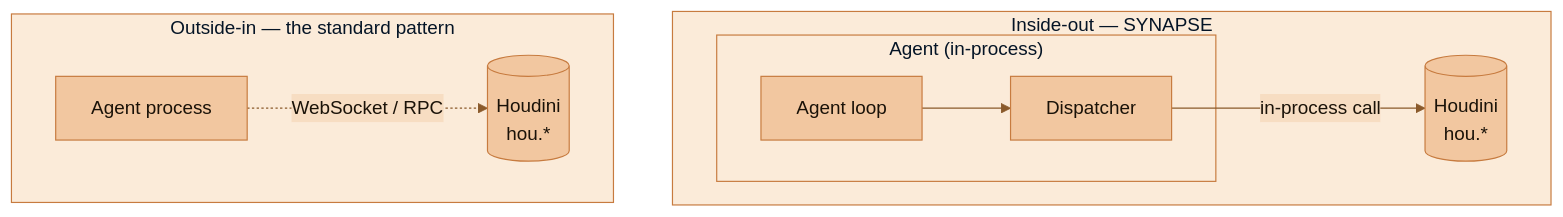
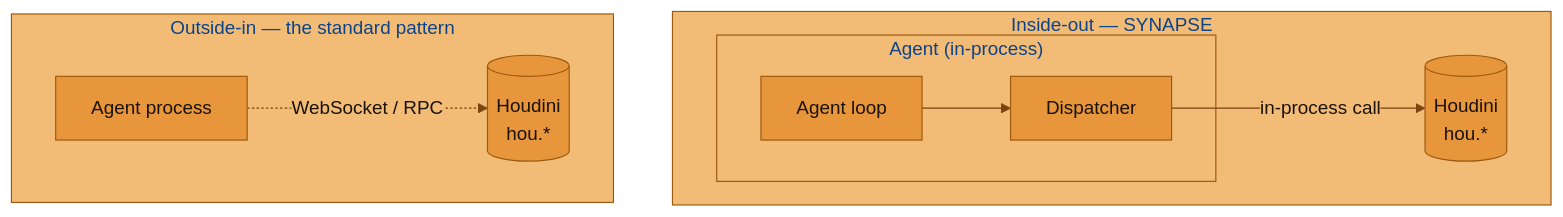
One commit to JosephOIbrahim/Synapse changed the seventh of 7 diagrams in README.md. Above: the diagram before and after it, drawn with Mermaid. The commit also changed other lines of this file, not shown here.

Commit message:
docs(readme): deepen the mermaid orange — darker, more saturated

````diff
--- a/README.md
+++ b/README.md
@@ -306,17 +306,17 @@
 ```mermaid
-%%{init: {'theme':'base', 'themeVariables': {'primaryColor':'#F2C7A0','primaryTextColor':'#1A1208','primaryBorderColor':'#C77B3F','lineColor':'#8A5A2B','secondaryColor':'#F7DDC2','tertiaryColor':'#FBEBD9','edgeLabelBackground':'#F7DDC2','clusterBkg':'#FBEBD9','clusterBorder':'#C77B3F'}}}%%
+%%{init: {'theme':'base', 'themeVariables': {'primaryColor':'#E8963B','primaryTextColor':'#1A1208','primaryBorderColor':'#9C5A10','lineColor':'#7A4310','secondaryColor':'#EEA958','tertiaryColor':'#F2BC77','edgeLabelBackground':'#F2BC77','clusterBkg':'#F2BC77','clusterBorder':'#9C5A10'}}}%%
 flowchart LR
     subgraph OUT ["Outside-in — the standard pattern"]
         direction LR
         A1["Agent process"] -.WebSocket / RPC.-> H1[("Houdini<br/>hou.*")]
     end
     subgraph IN ["Inside-out — SYNAPSE"]
         direction LR
         H2[("Houdini<br/>hou.*")]
         subgraph DAEMON ["Agent (in-process)"]
             A2["Agent loop"] --> D["Dispatcher"]
         end
         D -- in-process call --> H2
     end
     OUT ~~~ IN
 ```
````
